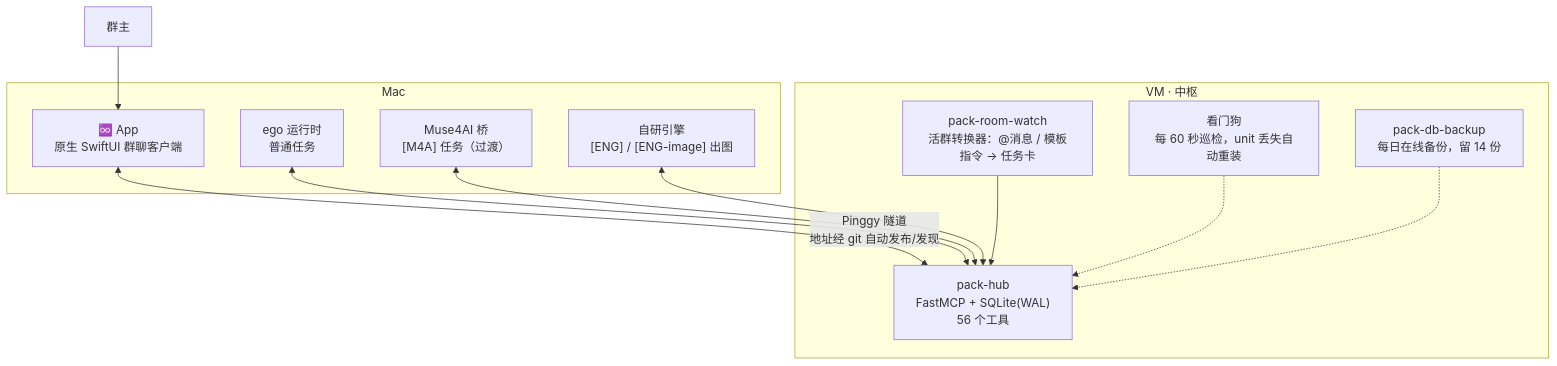
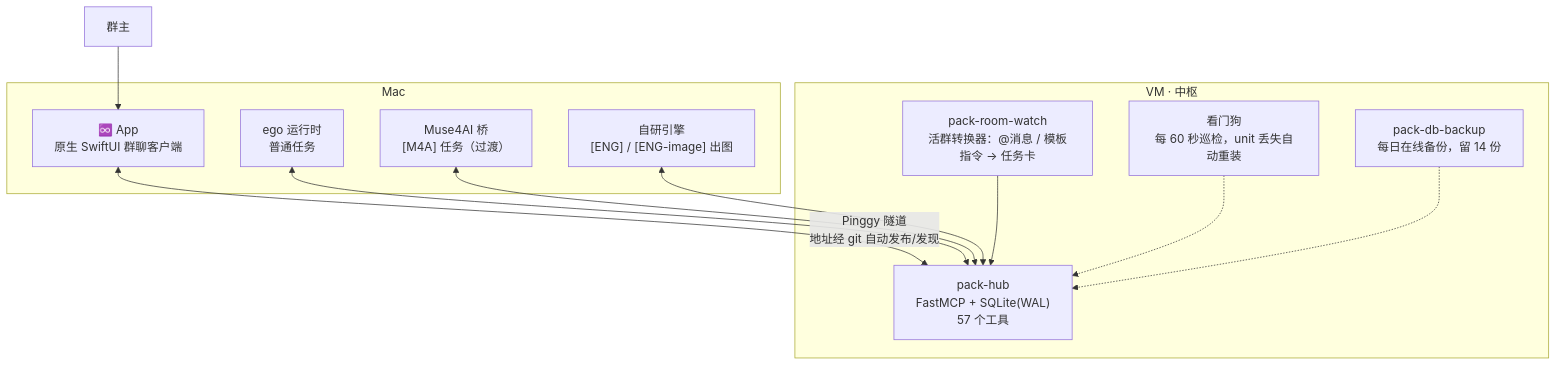
One commit to cyou1314/Pack changed the first of 2 diagrams in README.md. Above: the diagram before and after it, drawn with Mermaid. The commit also changed other lines of this file and 1 other file, not shown here.

Commit message:
hub: member_remove + register 指定头像组合 (staging28, 57 工具)

````diff
--- a/README.md
+++ b/README.md
@@ -58,24 +58,24 @@
 ```mermaid
 flowchart TB
     subgraph VM["VM · 中枢"]
-        HUB["pack-hub<br/>FastMCP + SQLite(WAL)<br/>56 个工具"]
+        HUB["pack-hub<br/>FastMCP + SQLite(WAL)<br/>57 个工具"]
         WATCH["pack-room-watch<br/>活群转换器：@消息 / 模板指令 → 任务卡"]
         BAK["pack-db-backup<br/>每日在线备份，留 14 份"]
         DOG["看门狗<br/>每 60 秒巡检，unit 丢失自动重装"]
     end
     subgraph MAC["Mac"]
         APP["♾️ App<br/>原生 SwiftUI 群聊客户端"]
         EGO["ego 运行时<br/>普通任务"]
         BRIDGE["Muse4AI 桥<br/>[M4A] 任务（过渡）"]
         ENG["自研引擎<br/>[ENG] / [ENG-image] 出图"]
     end
     OWNER["群主"]
     OWNER --> APP
     APP <-->|"Pinggy 隧道<br/>地址经 git 自动发布/发现"| HUB
     EGO <--> HUB
     BRIDGE <--> HUB
     ENG <--> HUB
     WATCH --> HUB
     DOG -.-> HUB
     BAK -.-> HUB
 ```
````
